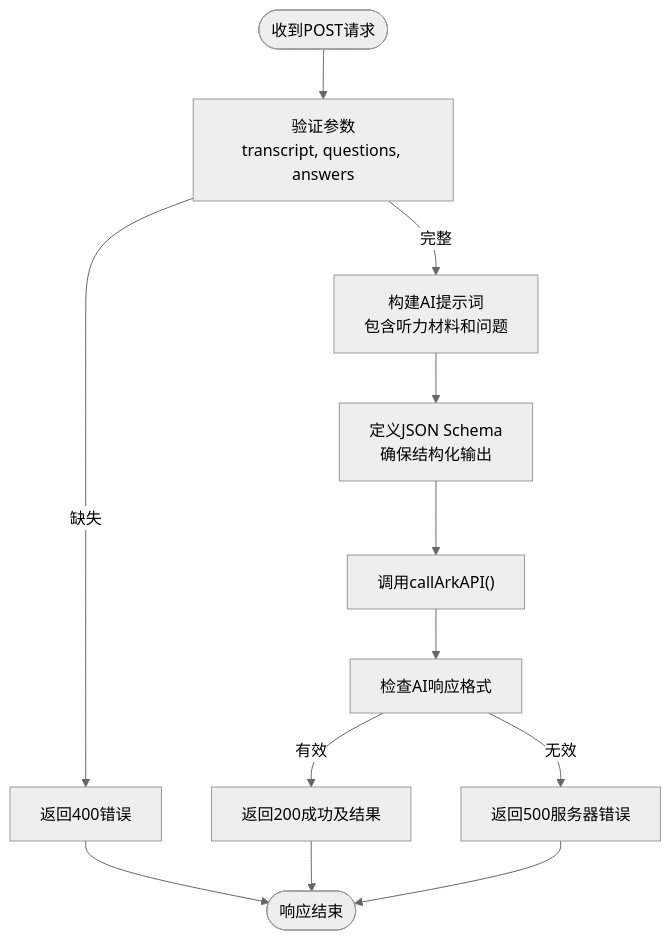
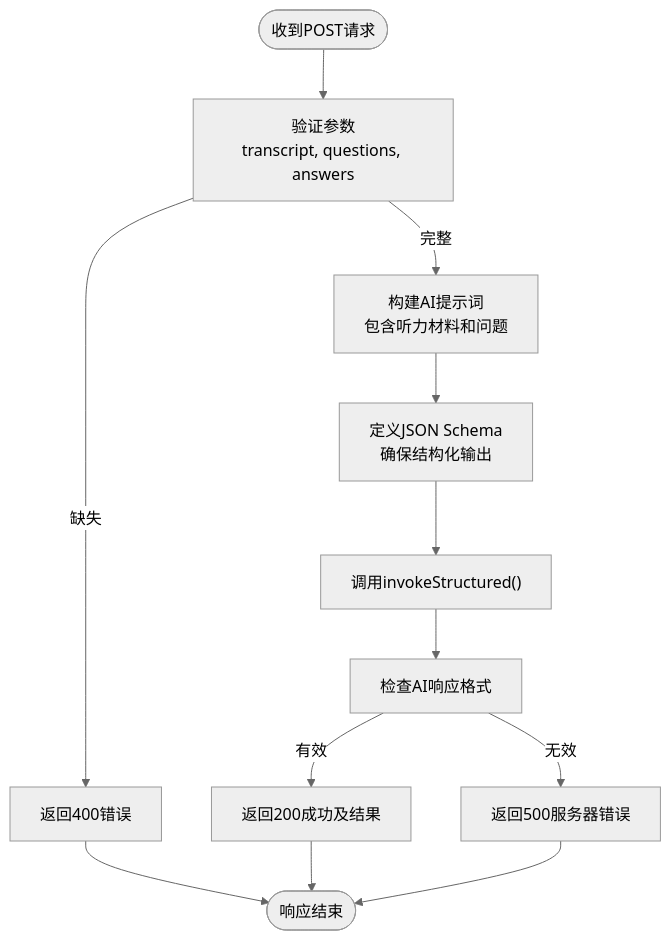
One commit to arthurlee116/english-listening-trainer changed the fourth of 5 diagrams in .qoder/repowiki/zh/content/后端API接口/AI内容生成API/答案评分API.md. Above: the diagram before and after it, drawn with Mermaid (neutral theme). The commit also changed other lines of this file and 58 other files, not shown here.

````diff
--- a/.qoder/repowiki/zh/content/后端API接口/AI内容生成API/答案评分API.md
+++ b/.qoder/repowiki/zh/content/后端API接口/AI内容生成API/答案评分API.md
@@ -124,14 +134,14 @@
 ```mermaid
 flowchart TD
 Start([收到POST请求]) --> Validate["验证参数<br/>transcript, questions, answers"]
 Validate --> |缺失| ReturnError["返回400错误"]
 Validate --> |完整| BuildPrompt["构建AI提示词<br/>包含听力材料和问题"]
 BuildPrompt --> DefineSchema["定义JSON Schema<br/>确保结构化输出"]
-DefineSchema --> CallAI["调用callArkAPI()"]
+DefineSchema --> CallAI["调用invokeStructured()"]
 CallAI --> CheckResult["检查AI响应格式"]
 CheckResult --> |有效| ReturnSuccess["返回200成功及结果"]
 CheckResult --> |无效| ReturnFail["返回500服务器错误"]
 ReturnError --> End([响应结束])
 ReturnSuccess --> End
 ReturnFail --> End
 ```
````
